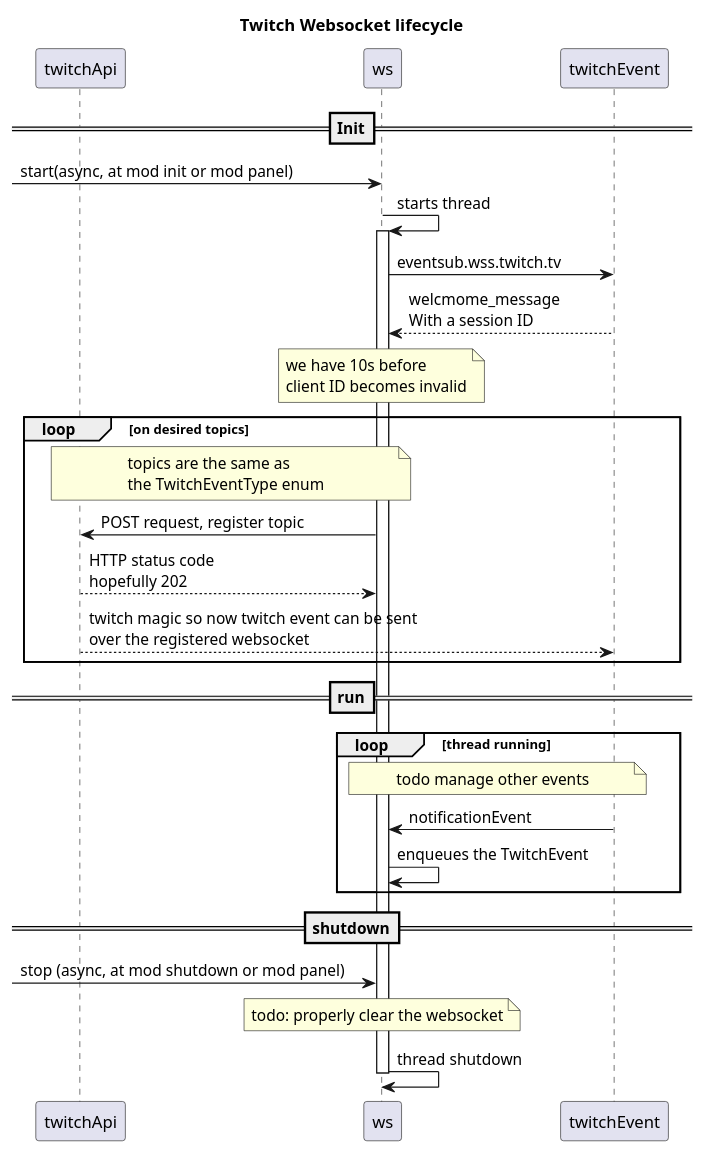
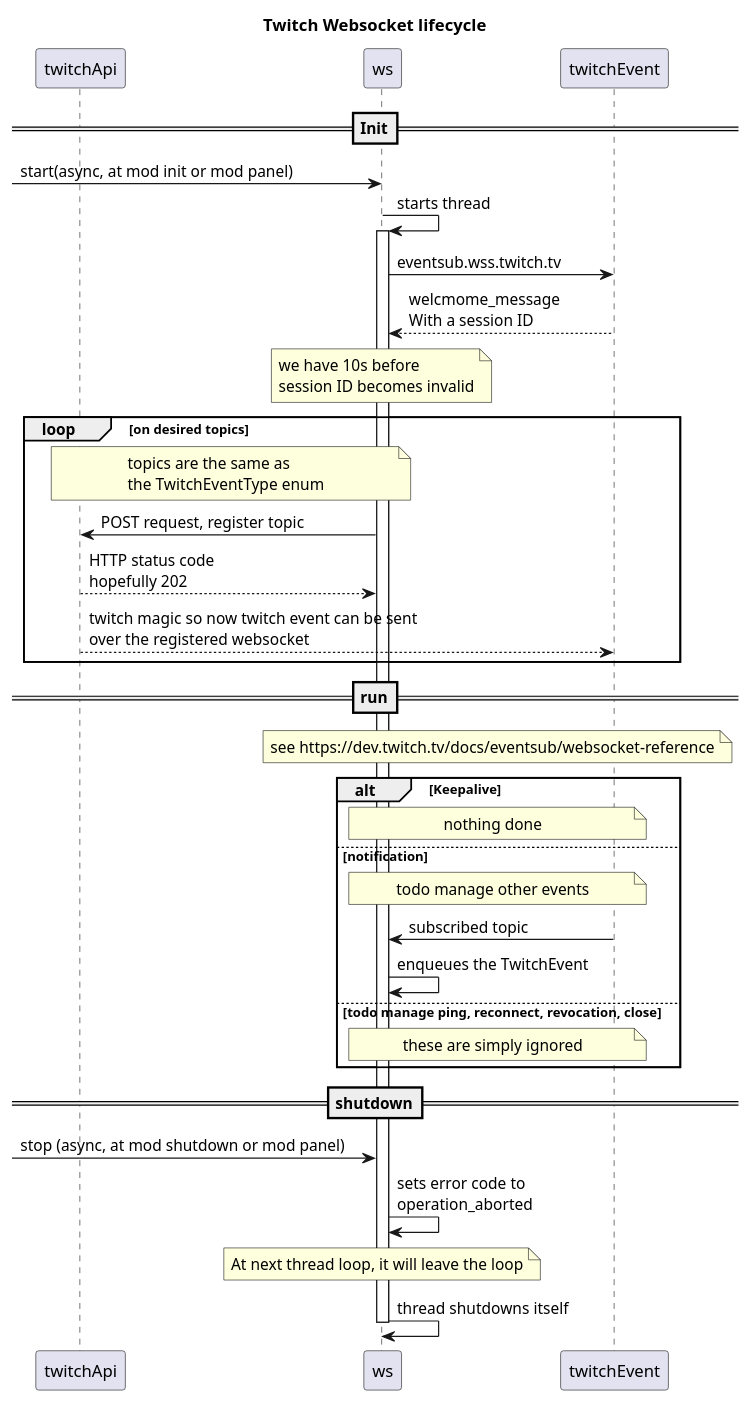
Before and after one commit to Noaseto/TwitchLoader: the diagram in docs/WebsocketLifeCycle.puml, drawn with PlantUML. The commit also changed 11 other files, not shown here.

```diff
--- a/docs/WebsocketLifeCycle.puml
+++ b/docs/WebsocketLifeCycle.puml
@@ -1,36 +1,42 @@
 @startuml
 ==Init==
 title "Twitch Websocket lifecycle"
 ->ws: start(async, at mod init or mod panel)
 ' members definition
 participant twitchApi as api
 participant websocketClientClass as ws
 participant twitchEvent as event
 
 ws->ws:starts thread
 activate ws
 ws->event:eventsub.wss.twitch.tv
 event-->ws:welcmome_message\nWith a session ID
-note over ws:we have 10s before\nclient ID becomes invalid
+note over ws:we have 10s before\nsession ID becomes invalid
 
 loop on desired topics
 note over api, ws:topics are the same as\nthe TwitchEventType enum
 ws->api:POST request, register topic
 api-->ws:HTTP status code\nhopefully 202
 api-->event:twitch magic so now twitch event can be sent\nover the registered websocket
 end
 
 ==run==
-loop thread running
+note over ws, event:see https://dev.twitch.tv/docs/eventsub/websocket-reference
+alt Keepalive
+note over ws, event: nothing done
+else notification
 note over ws,event:todo manage other events
-event -> ws:notificationEvent
+event -> ws:subscribed topic
 ws->ws:enqueues the TwitchEvent
+else todo manage ping, reconnect, revocation, close
+note over ws, event: these are simply ignored
 end
 
 ==shutdown==
 ->ws:stop (async, at mod shutdown or mod panel)
-note over ws:todo: properly clear the websocket
-ws->ws:thread shutdown
+ws->ws: sets error code to\noperation_aborted
+note over ws:At next thread loop, it will leave the loop
+ws->ws:thread shutdowns itself
 deactivate ws
 
 @enduml
```
